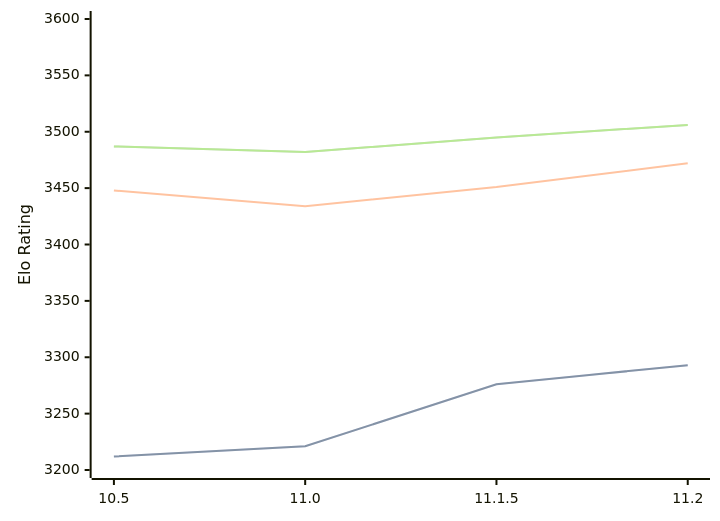
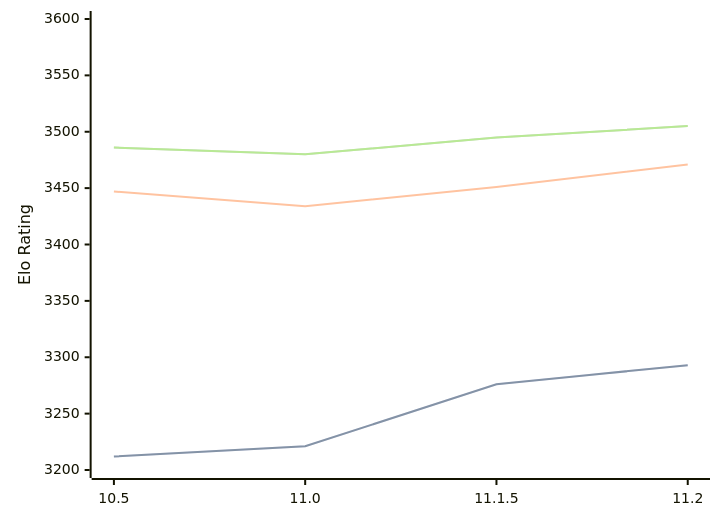
Before and after one commit to computer-chess-index/cci: the diagram in engines/Lizard.md, drawn with Mermaid. The commit also changed other lines of this file, not shown here.

Commit message:
Update CCI Ratings (ELO VLTC) - 2026-07-27

````diff
--- a/engines/Lizard.md
+++ b/engines/Lizard.md
@@ -46,11 +46,11 @@
 ```mermaid
 %%{init: {"theme":"base","themeVariables":{"seriesColors:['#a3a3a3','#222221','#faa371']}}}%%
 xychart-beta
   x-axis ["10.5", "11.0", "11.1.5", "11.2"]
   y-axis "Elo Rating" 3200 --> 3600
   line "STC (8.0+0.08s)" [3212, 3221, 3276, 3293]
   line "STC (8.0+0.08s)" [3212, 3221, 3276, 3293]
-  line "LTC (60.0+0.60s)" [3448, 3434, 3451, 3472]
-  line "VLTC (2m24s+1.12s)" [3487, 3482, 3495, 3506]
-  line "VLTC (2m24s+1.12s)" [3487, 3482, 3495, 3506]
+  line "LTC (60.0+0.60s)" [3447, 3434, 3451, 3471]
+  line "VLTC (2m24s+1.12s)" [3486, 3480, 3495, 3505]
+  line "VLTC (2m24s+1.12s)" [3486, 3480, 3495, 3505]
 ```
````
